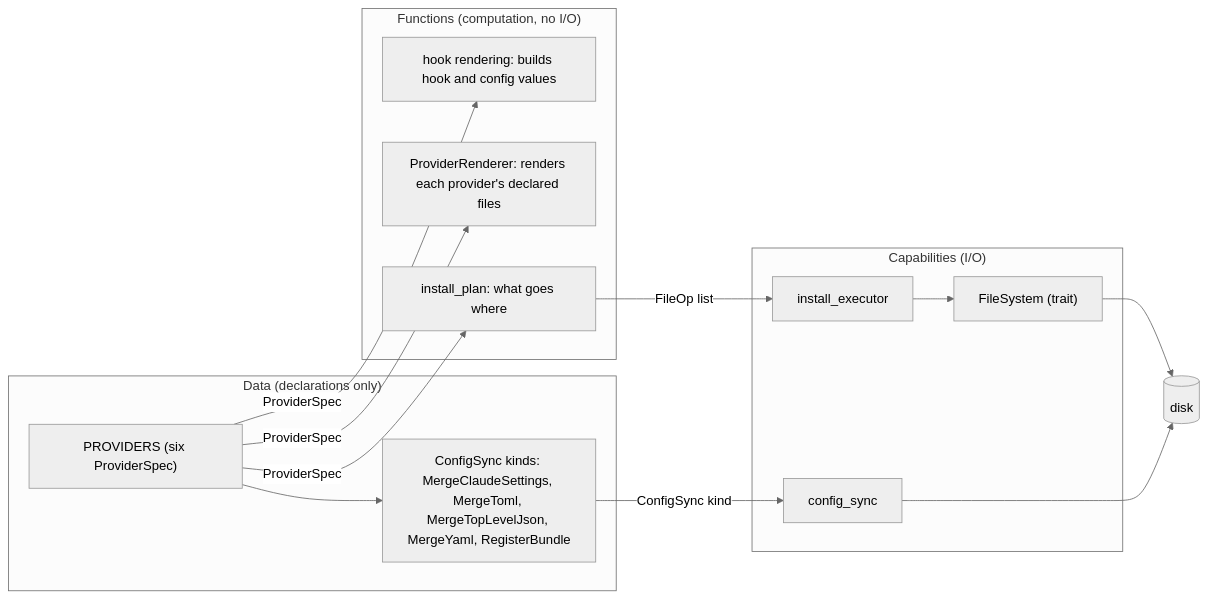
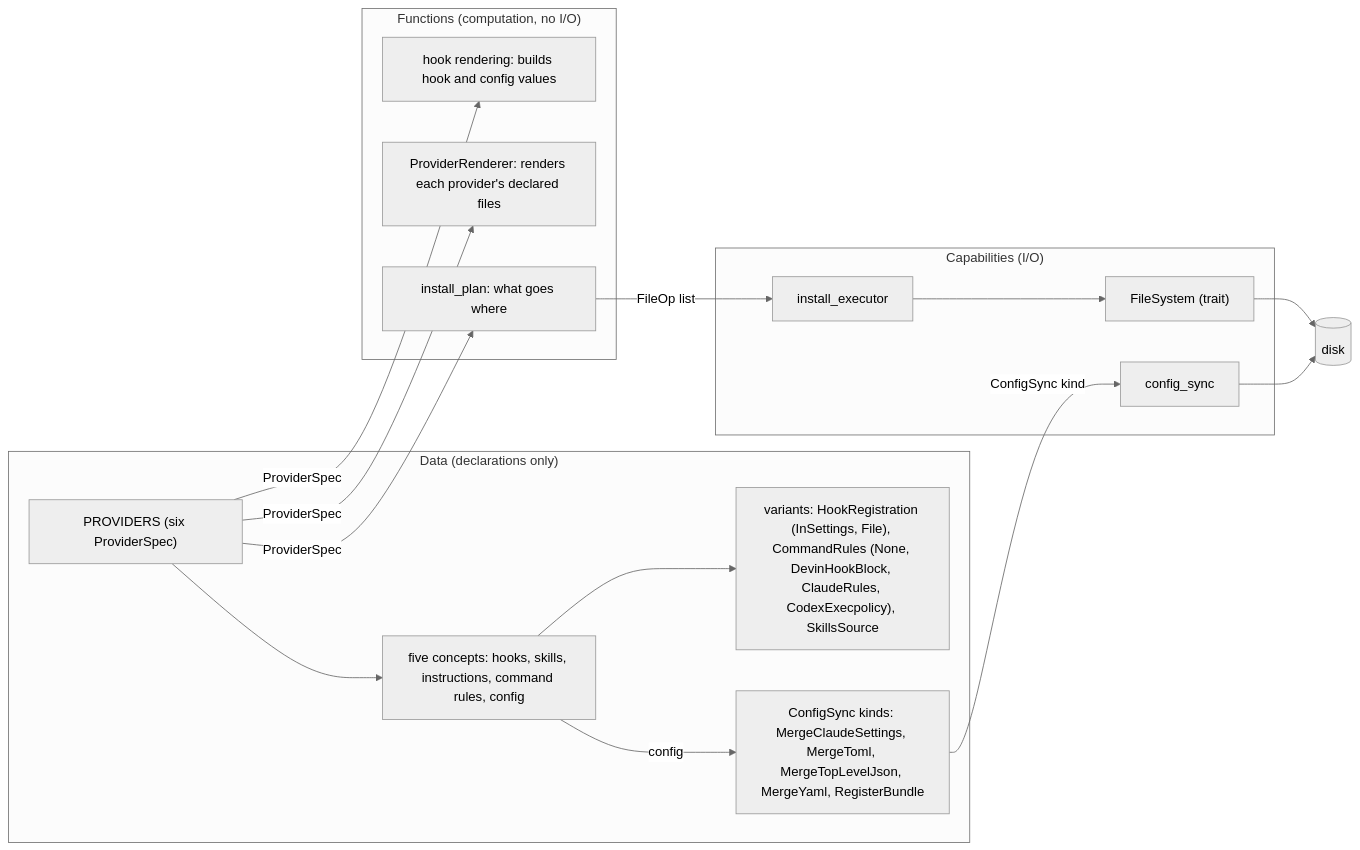
One commit to furedea/agent-harness changed the first of 2 diagrams in docs/DESIGN.md. Above: the diagram before and after it, drawn with Mermaid (neutral theme). The commit also changed other lines of this file and 2 other files, not shown here.

First line of the commit message:
docs(design): describe the five provider concepts

````diff
--- a/docs/DESIGN.md
+++ b/docs/DESIGN.md
@@ -86,27 +91,31 @@
 ```mermaid
 flowchart LR
   subgraph D["Data (declarations only)"]
     SPEC["PROVIDERS (six ProviderSpec)"]
+    CONCEPTS["five concepts: hooks, skills, instructions, command rules, config"]
+    VARIANTS["variants: HookRegistration (InSettings, File), CommandRules (None, DevinHookBlock, ClaudeRules, CodexExecpolicy), SkillsSource"]
     KINDS["ConfigSync kinds: MergeClaudeSettings, MergeToml, MergeTopLevelJson, MergeYaml, RegisterBundle"]
   end
   subgraph F["Functions (computation, no I/O)"]
     RENDER["hook rendering: builds hook and config values"]
     RENDERER["ProviderRenderer: renders each provider's declared files"]
     PLAN["install_plan: what goes where"]
   end
   subgraph C["Capabilities (I/O)"]
     EXEC["install_executor"]
     FS["FileSystem (trait)"]
     SYNC["config_sync"]
   end
   DISK[("disk")]
   SPEC -- "ProviderSpec" --> RENDER
   SPEC -- "ProviderSpec" --> RENDERER
   SPEC -- "ProviderSpec" --> PLAN
-  SPEC --> KINDS
+  SPEC --> CONCEPTS
+  CONCEPTS --> VARIANTS
+  CONCEPTS -- "config" --> KINDS
   KINDS -- "ConfigSync kind" --> SYNC
   PLAN -- "FileOp list" --> EXEC
   EXEC --> FS
   FS --> DISK
   SYNC --> DISK
 ```
````
